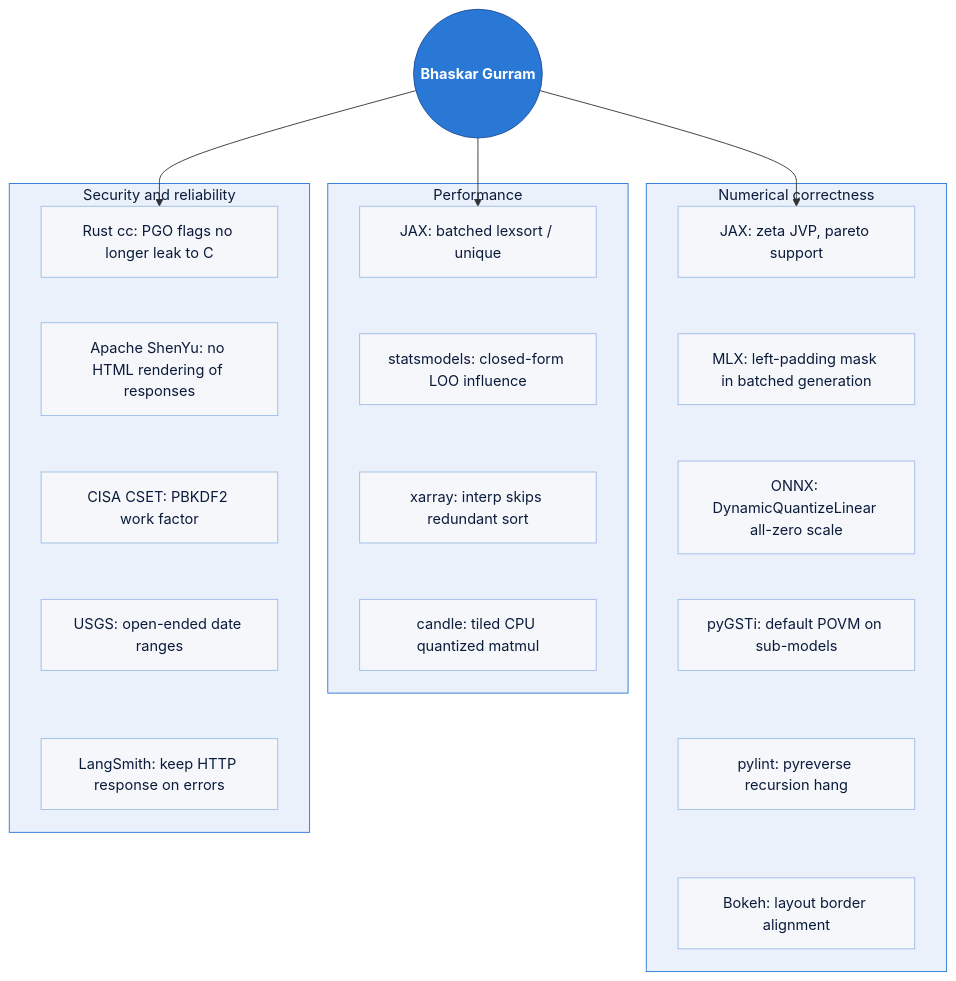
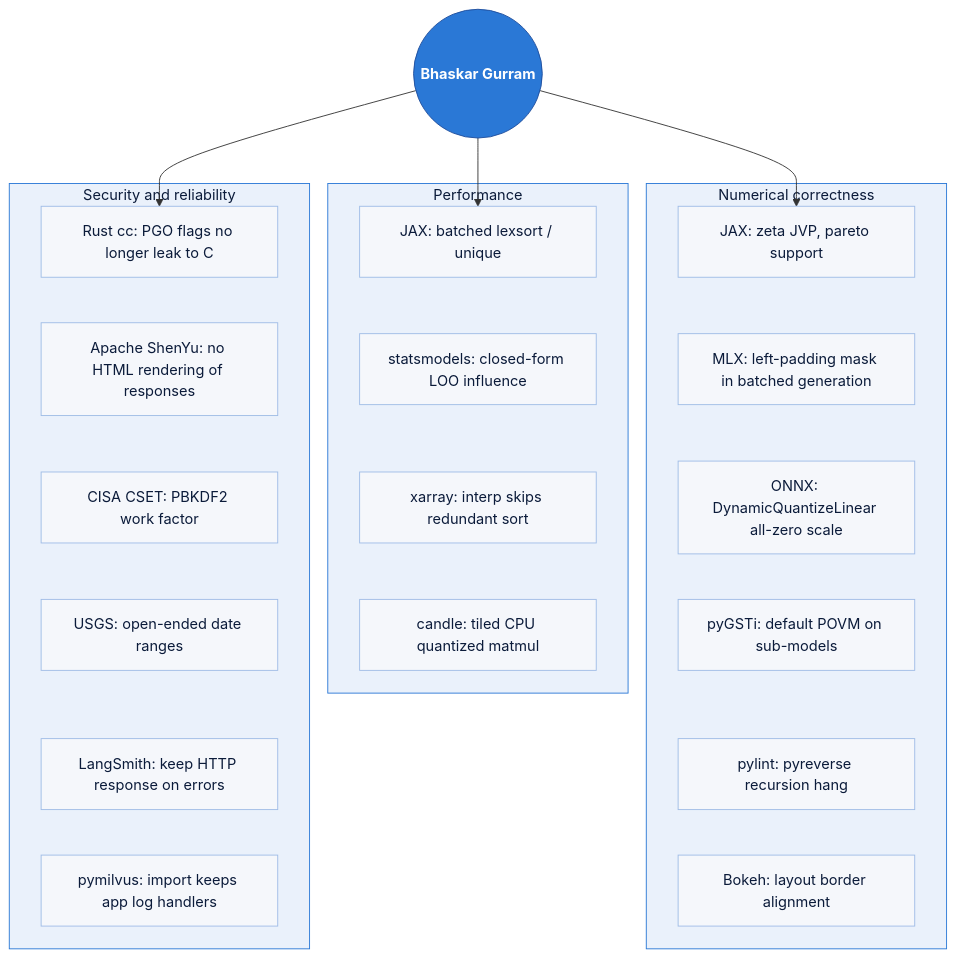
Before and after one commit to bhaskargurram-ai/bhaskargurram-ai: the diagram in README.md, drawn with Mermaid. The commit also changed other lines of this file, not shown here.

Commit message:
Add Milvus pymilvus #3814 to merged contributions

````diff
--- a/README.md
+++ b/README.md
@@ -49,40 +50,41 @@
 ```mermaid
 flowchart TB
     me(("Bhaskar Gurram")):::me
     me --> jax1
     me --> jax2
     me --> cc
 
     subgraph perf["Performance"]
         jax1["JAX: batched lexsort / unique"]:::node
         sm["statsmodels: closed-form LOO influence"]:::node
         xr["xarray: interp skips redundant sort"]:::node
         candle["candle: tiled CPU quantized matmul"]:::node
         jax1 ~~~ sm ~~~ xr ~~~ candle
     end
 
     subgraph corr["Numerical correctness"]
         jax2["JAX: zeta JVP, pareto support"]:::node
         mlx["MLX: left-padding mask in batched generation"]:::node
         onnx["ONNX: DynamicQuantizeLinear all-zero scale"]:::node
         pygsti["pyGSTi: default POVM on sub-models"]:::node
         pylint["pylint: pyreverse recursion hang"]:::node
         bokeh["Bokeh: layout border alignment"]:::node
         jax2 ~~~ mlx ~~~ onnx ~~~ pygsti ~~~ pylint ~~~ bokeh
     end
 
     subgraph sec["Security and reliability"]
         cc["Rust cc: PGO flags no longer leak to C"]:::node
         shenyu["Apache ShenYu: no HTML rendering of responses"]:::node
         cset["CISA CSET: PBKDF2 work factor"]:::node
         usgs["USGS: open-ended date ranges"]:::node
         ls["LangSmith: keep HTTP response on errors"]:::node
-        cc ~~~ shenyu ~~~ cset ~~~ usgs ~~~ ls
+        pym["pymilvus: import keeps app log handlers"]:::node
+        cc ~~~ shenyu ~~~ cset ~~~ usgs ~~~ ls ~~~ pym
     end
 
     classDef me fill:#2a78d6,stroke:#1f4e9c,color:#ffffff,font-weight:bold
     classDef node fill:#f5f7fb,stroke:#9fbce6,color:#0b1b3a
     style perf fill:#eaf1fb,stroke:#2a78d6,color:#0b1b3a
     style corr fill:#eaf1fb,stroke:#2a78d6,color:#0b1b3a
     style sec fill:#eaf1fb,stroke:#2a78d6,color:#0b1b3a
 ```
````
